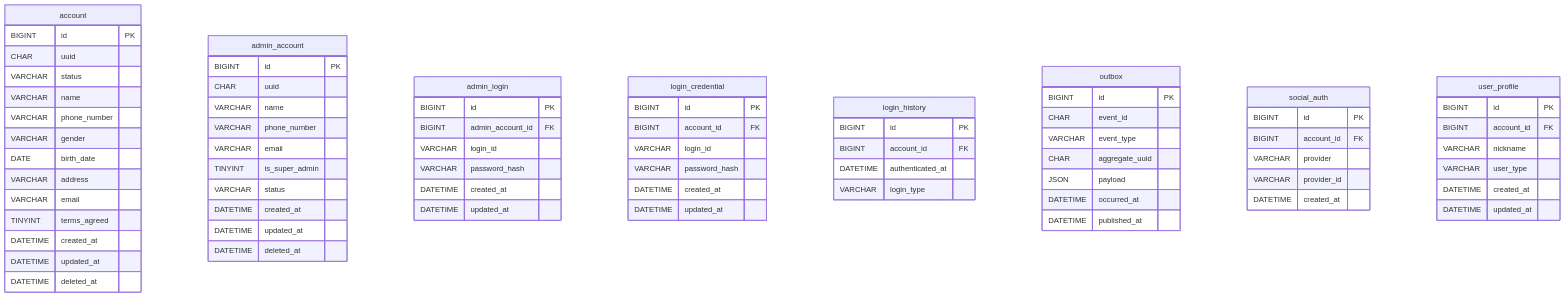
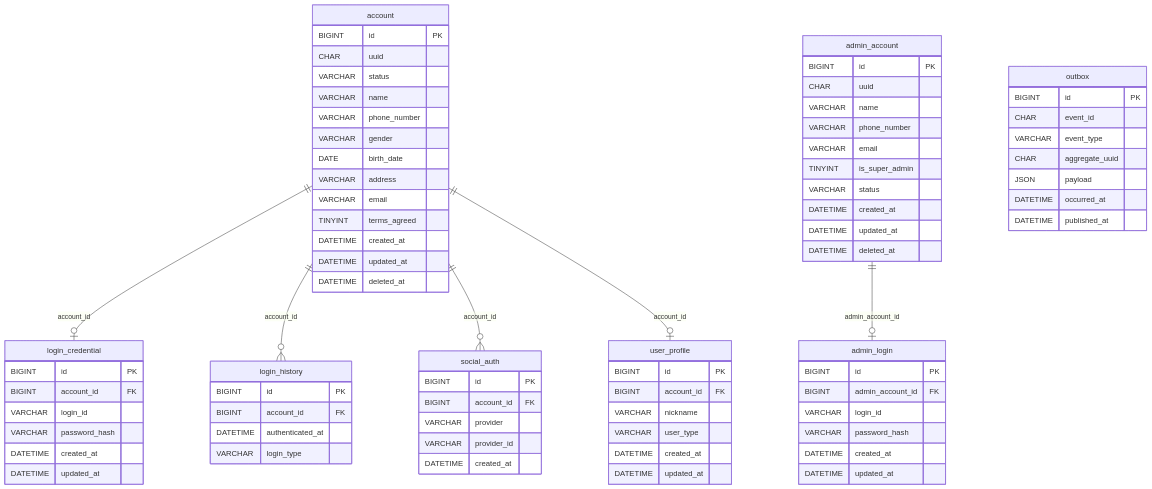
One commit to louie-kury/louie-kury-document changed the first of 2 diagrams in docs/erd/svc_identity.md. Above: the diagram before and after it, drawn with Mermaid. The commit also changed other lines of this file and 10 other files, not shown here.

Commit message:
docs: ERD 테이블 사이 관계선 추가

````diff
--- a/docs/erd/svc_identity.md
+++ b/docs/erd/svc_identity.md
@@ -10,76 +10,81 @@
 ```mermaid
 erDiagram
     account {
         BIGINT id PK
         CHAR uuid
         VARCHAR status
         VARCHAR name
         VARCHAR phone_number
         VARCHAR gender
         DATE birth_date
         VARCHAR address
         VARCHAR email
         TINYINT terms_agreed
         DATETIME created_at
         DATETIME updated_at
         DATETIME deleted_at
     }
     admin_account {
         BIGINT id PK
         CHAR uuid
         VARCHAR name
         VARCHAR phone_number
         VARCHAR email
         TINYINT is_super_admin
         VARCHAR status
         DATETIME created_at
         DATETIME updated_at
         DATETIME deleted_at
     }
     admin_login {
         BIGINT id PK
         BIGINT admin_account_id FK
         VARCHAR login_id
         VARCHAR password_hash
         DATETIME created_at
         DATETIME updated_at
     }
     login_credential {
         BIGINT id PK
         BIGINT account_id FK
         VARCHAR login_id
         VARCHAR password_hash
         DATETIME created_at
         DATETIME updated_at
     }
     login_history {
         BIGINT id PK
         BIGINT account_id FK
         DATETIME authenticated_at
         VARCHAR login_type
     }
     outbox {
         BIGINT id PK
         CHAR event_id
         VARCHAR event_type
         CHAR aggregate_uuid
         JSON payload
         DATETIME occurred_at
         DATETIME published_at
     }
     social_auth {
         BIGINT id PK
         BIGINT account_id FK
         VARCHAR provider
         VARCHAR provider_id
         DATETIME created_at
     }
     user_profile {
         BIGINT id PK
         BIGINT account_id FK
         VARCHAR nickname
         VARCHAR user_type
         DATETIME created_at
         DATETIME updated_at
     }
+    admin_account ||--o| admin_login : "admin_account_id"
+    account ||--o| login_credential : "account_id"
+    account ||--o{ login_history : "account_id"
+    account ||--o{ social_auth : "account_id"
+    account ||--o| user_profile : "account_id"
 ```
````
